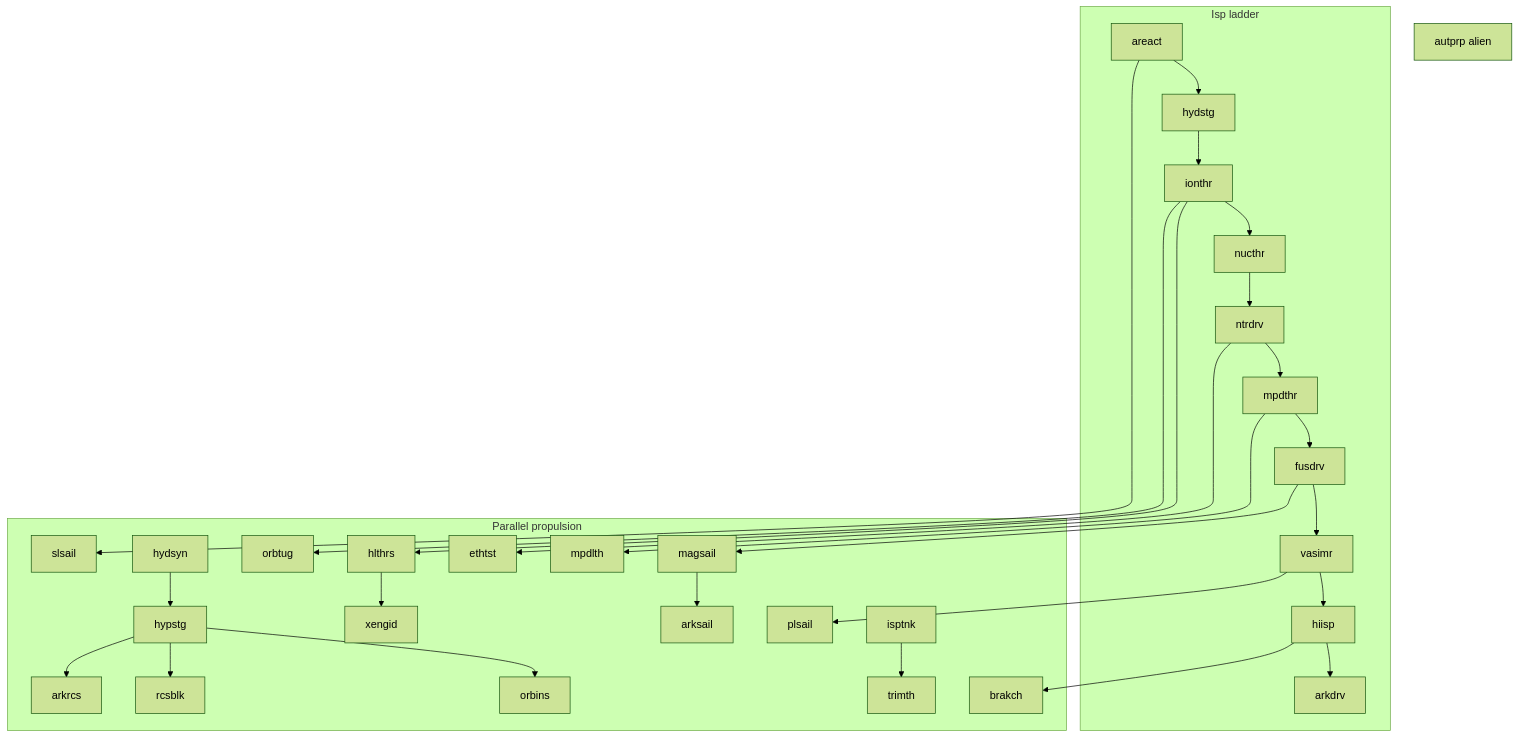
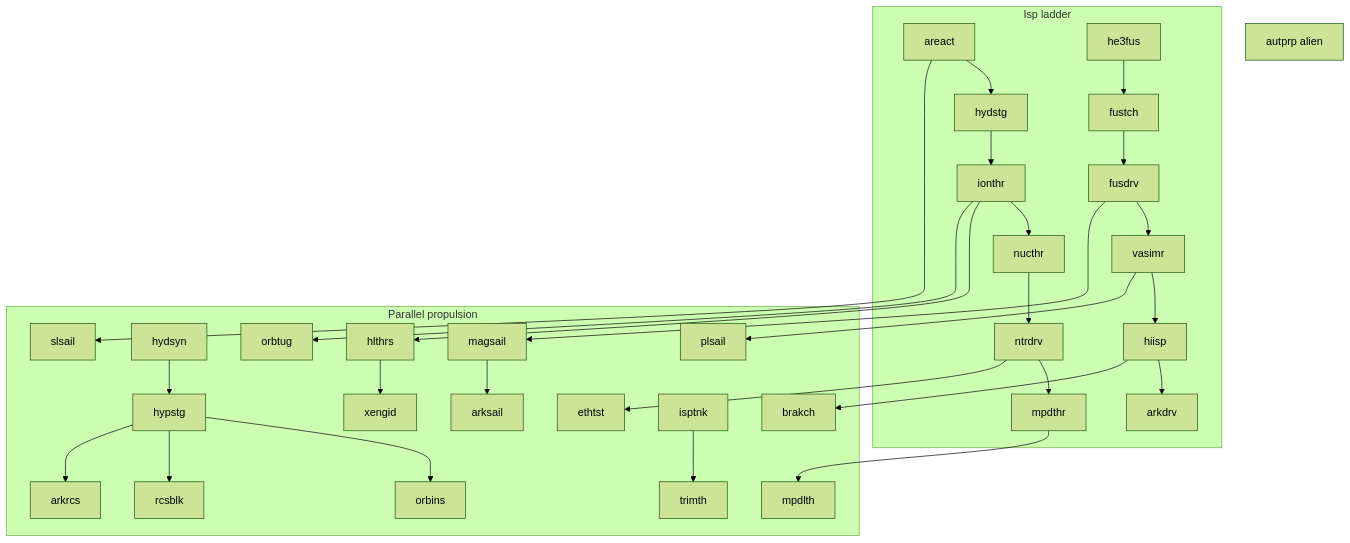
The second of 4 diagrams in designer/technology.md (sentinemodo/SpaceAge-2024), drawn with Mermaid (forest theme) before and after one commit. The commit also changed other lines of this file and 9 other files, not shown here.

````diff
--- a/designer/technology.md
+++ b/designer/technology.md
@@ -126,24 +126,25 @@
 ```mermaid
 flowchart TB
   subgraph ladder["Isp ladder"]
-    areact --> hydstg --> ionthr --> nucthr --> ntrdrv --> mpdthr --> fusdrv --> vasimr --> hiisp --> arkdrv
+    areact --> hydstg --> ionthr --> nucthr --> ntrdrv --> mpdthr
+    he3fus --> fustch --> fusdrv --> vasimr --> hiisp --> arkdrv
   end
   subgraph alt["Parallel propulsion"]
     areact --> slsail
     hydsyn --> hypstg
     ionthr --> hlthrs
     ntrdrv --> ethtst
     mpdthr --> mpdlth
     fusdrv --> magsail
     hlthrs --> xengid
     vasimr --> plsail
     hypstg --> orbins
     hypstg --> rcsblk
     magsail --> arksail
     hypstg --> arkrcs
     ionthr --> orbtug
     isptnk --> trimth
     hiisp --> brakch
   end
   autprp["autprp alien"]
 ```
````
